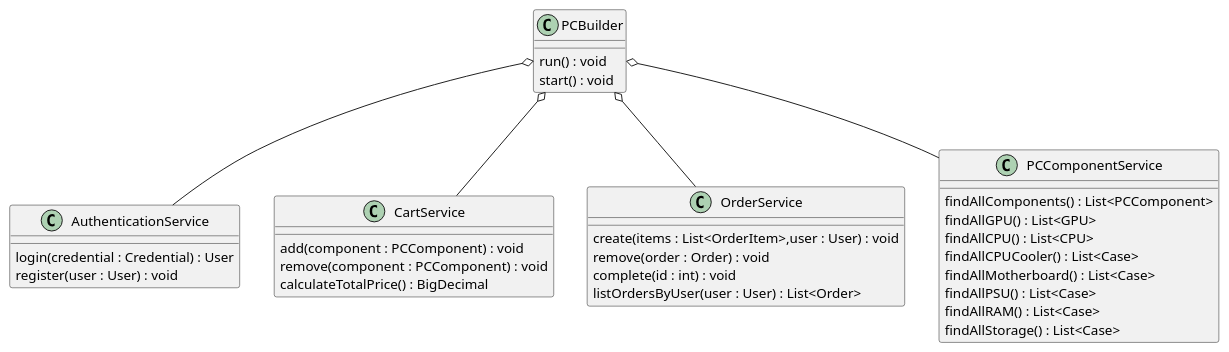
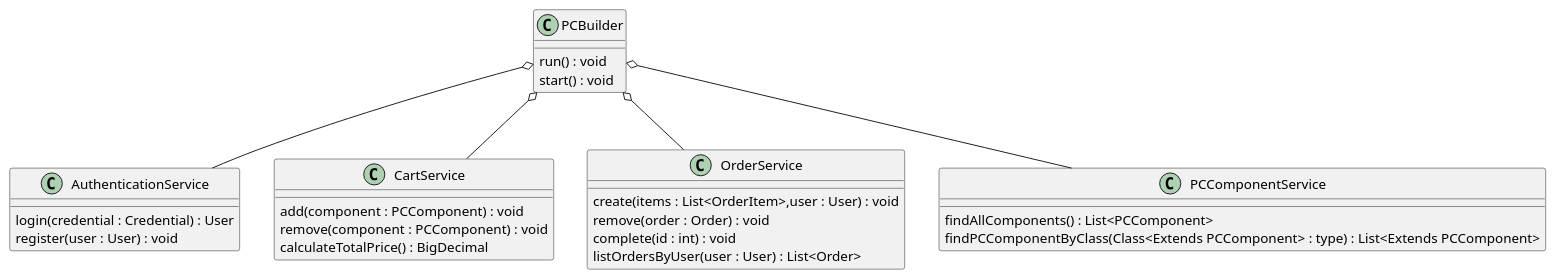
One commit to KozariAndras/elte-fsz-23-24-osz-pc-builder changed the diagram in uml/PCBuilderService.plantuml. Above: the diagram before and after it, drawn with PlantUML. The commit also changed other lines of this file and 17 other files, not shown here.

```diff
--- a/uml/PCBuilderService.plantuml
+++ b/uml/PCBuilderService.plantuml
@@ -1,46 +3,40 @@
 @startuml
 
 PCBuilder o-- AuthenticationService
 PCBuilder o-- CartService
 PCBuilder o-- OrderService
 PCBuilder o-- PCComponentService
 
 
 class PCBuilder {
 run() : void
 start() : void
 }
 
 class AuthenticationService{
 login(credential : Credential) : User
 register(user : User) : void
 }
 
 class CartService{
 add(component : PCComponent) : void
 remove(component : PCComponent) : void
 calculateTotalPrice() : BigDecimal
 }
 
 class OrderService{
 create(items : List<OrderItem>,user : User) : void
 remove(order : Order) : void
 complete(id : int) : void
 listOrdersByUser(user : User) : List<Order>
 }
 
 class PCComponentService{
 findAllComponents() : List<PCComponent>
-findAllGPU() : List<GPU>
-findAllCPU() : List<CPU>
-findAllCPUCooler() : List<Case>
-findAllMotherboard() : List<Case>
-findAllPSU() : List<Case>
-findAllRAM() : List<Case>
-findAllStorage() : List<Case>
+findPCComponentByClass(Class<Extends PCComponent> : type) : List<Extends PCComponent>
 
 }
 
 
 
 @enduml
```
